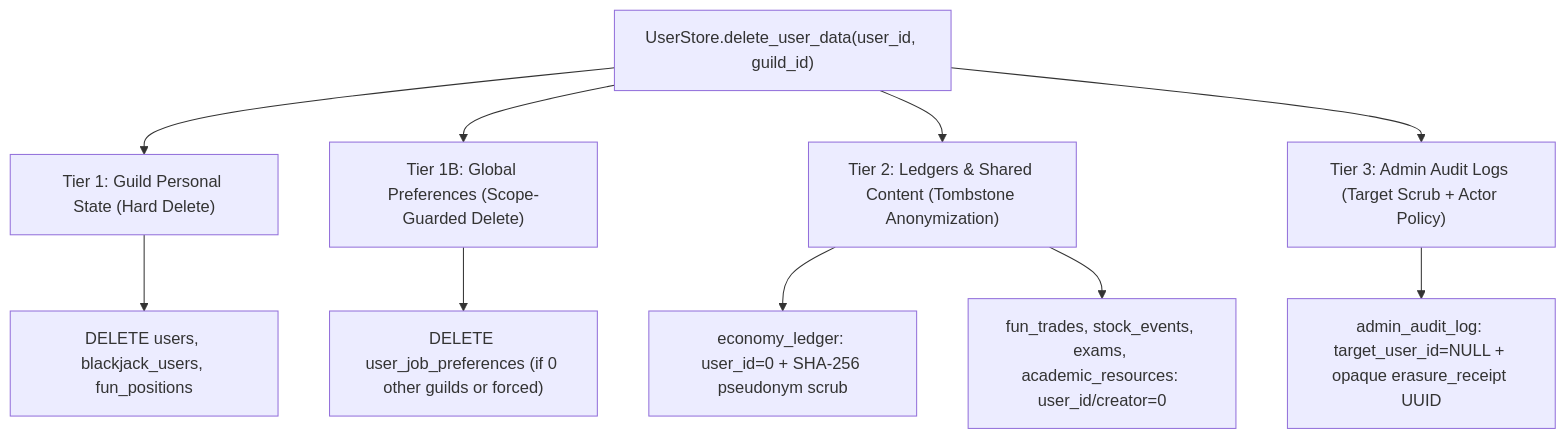
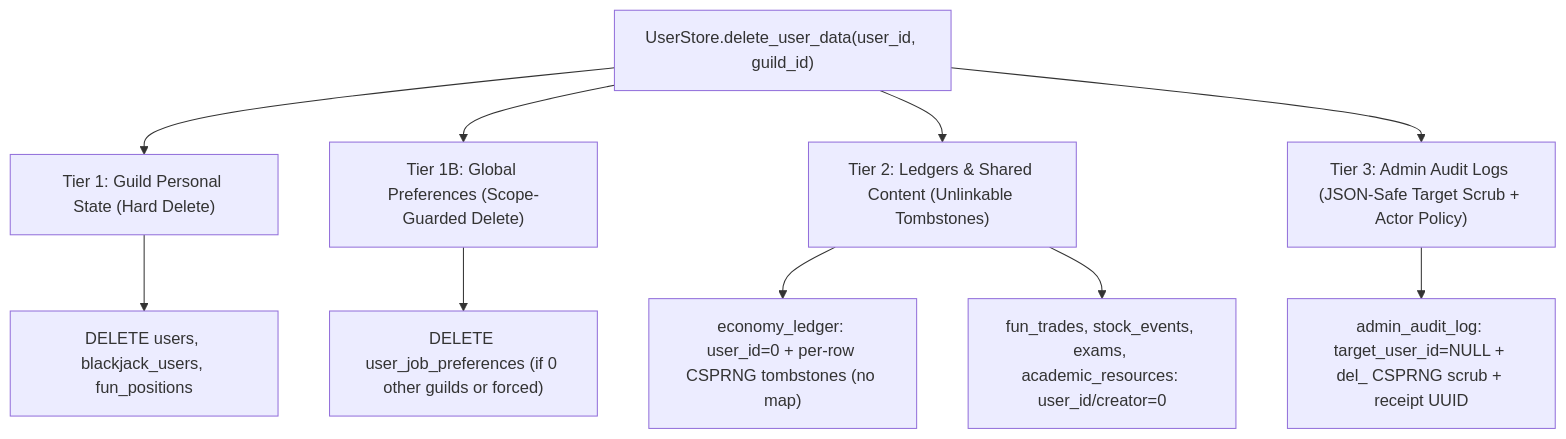
Before and after one commit to sukesan7/instigate-cafe-bot: the third of 3 diagrams in docs/privacy.md, drawn with Mermaid. The commit also changed other lines of this file and 2 other files, not shown here.

Commit message:
fix(privacy): replace predictable SHA-256 erasure tokens with unlinkable CSPRNG tombstones

````diff
--- a/docs/privacy.md
+++ b/docs/privacy.md
@@ -116,13 +116,13 @@
 ```mermaid
 flowchart TD
     Req["UserStore.delete_user_data(user_id, guild_id)"] --> Tier1["Tier 1: Guild Personal State (Hard Delete)"]
     Req --> Tier1G["Tier 1B: Global Preferences (Scope-Guarded Delete)"]
-    Req --> Tier2["Tier 2: Ledgers & Shared Content (Tombstone Anonymization)"]
-    Req --> Tier3["Tier 3: Admin Audit Logs (Target Scrub + Actor Policy)"]
+    Req --> Tier2["Tier 2: Ledgers & Shared Content (Unlinkable Tombstones)"]
+    Req --> Tier3["Tier 3: Admin Audit Logs (JSON-Safe Target Scrub + Actor Policy)"]
 
     Tier1 --> D1["DELETE users, blackjack_users, fun_positions"]
     Tier1G --> DG["DELETE user_job_preferences (if 0 other guilds or forced)"]
-    Tier2 --> A1["economy_ledger: user_id=0 + SHA-256 pseudonym scrub"]
+    Tier2 --> A1["economy_ledger: user_id=0 + per-row CSPRNG tombstones (no map)"]
     Tier2 --> A2["fun_trades, stock_events, exams, academic_resources: user_id/creator=0"]
-    Tier3 --> S1["admin_audit_log: target_user_id=NULL + opaque erasure_receipt UUID"]
+    Tier3 --> S1["admin_audit_log: target_user_id=NULL + del_ CSPRNG scrub + receipt UUID"]
 ```
````
